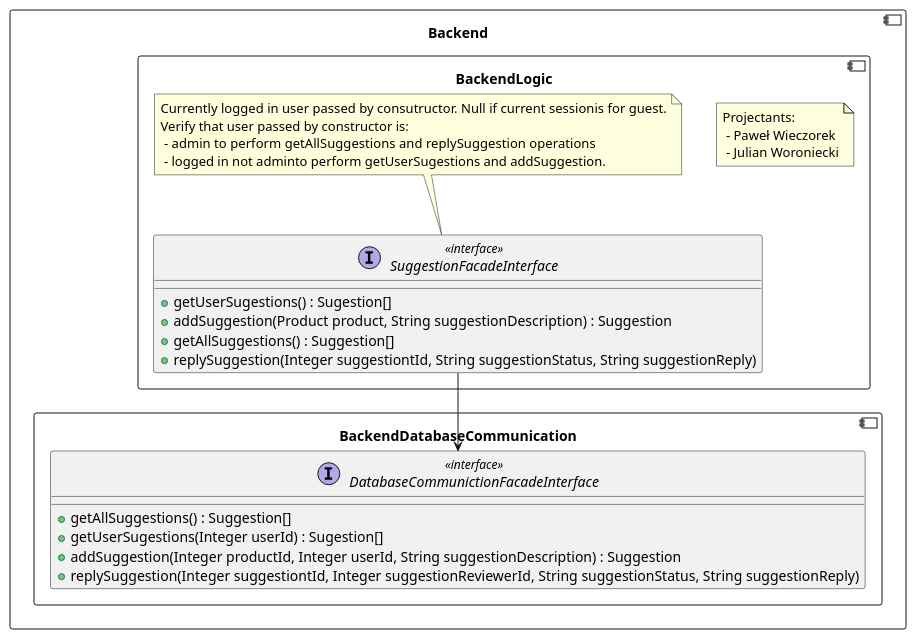
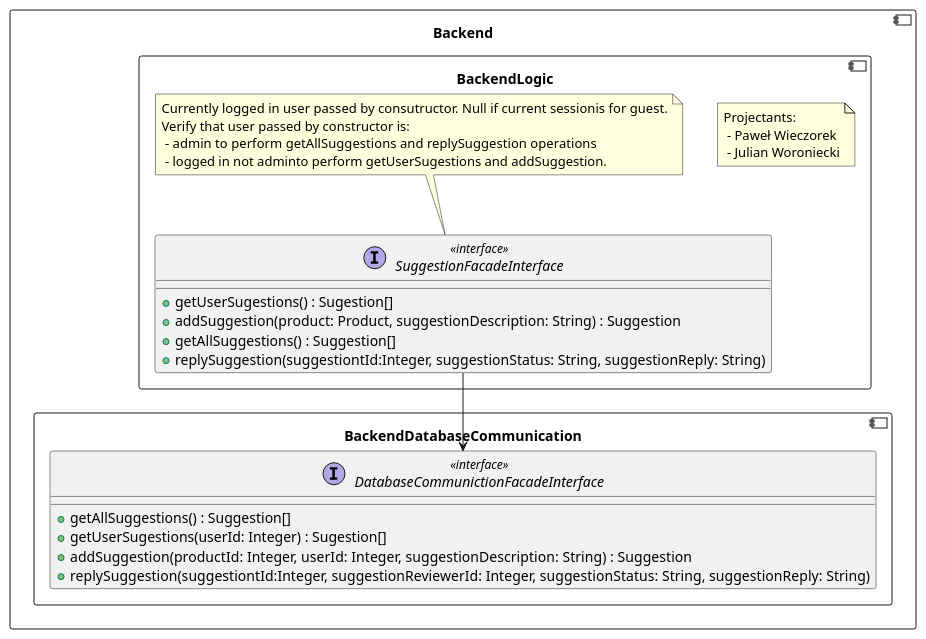
The fourth of 5 diagrams in backend/BackendLogic.md (RadekBucki/OpinionCollectorArchitecture), drawn with PlantUML before and after one commit. The commit also changed other lines of this file and 1 other file, not shown here.

````diff
--- a/backend/BackendLogic.md
+++ b/backend/BackendLogic.md
@@ -135,37 +135,37 @@
 ```plantuml
 @startuml
 component Backend {
     component BackendDatabaseCommunication {
         interface DatabaseCommunictionFacadeInterface <<interface>> {
             + getAllSuggestions() : Suggestion[]
-            + getUserSugestions(Integer userId) : Sugestion[]
-            + addSuggestion(Integer productId, Integer userId, String suggestionDescription) : Suggestion
-            + replySuggestion(Integer suggestiontId, Integer suggestionReviewerId, String suggestionStatus, String suggestionReply)
+            + getUserSugestions(userId: Integer) : Sugestion[]
+            + addSuggestion(productId: Integer, userId: Integer, suggestionDescription: String) : Suggestion
+            + replySuggestion(suggestiontId:Integer, suggestionReviewerId: Integer, suggestionStatus: String, suggestionReply: String)
         }
     }
     
     component BackendLogic {
         note as Authors
             Projectants: 
              - Paweł Wieczorek
              - Julian Woroniecki
         endnote
         
         SuggestionFacadeInterface  --> DatabaseCommunictionFacadeInterface
         interface SuggestionFacadeInterface <<interface>> {
             + getUserSugestions() : Sugestion[]
-            + addSuggestion(Product product, String suggestionDescription) : Suggestion
+            + addSuggestion(product: Product, suggestionDescription: String) : Suggestion
             + getAllSuggestions() : Suggestion[]
-            + replySuggestion(Integer suggestiontId, String suggestionStatus, String suggestionReply)
+            + replySuggestion(suggestiontId:Integer, suggestionStatus: String, suggestionReply: String)
         }
     
         note top of SuggestionFacadeInterface
             Currently logged in user passed by consutructor. Null if current sessionis for guest.
             Verify that user passed by constructor is:
              - admin to perform  getAllSuggestions and replySuggestion operations
              - logged in not adminto perform getUserSugestions and addSuggestion.
         endnote
     }
 }
 @enduml 
 ```
````
